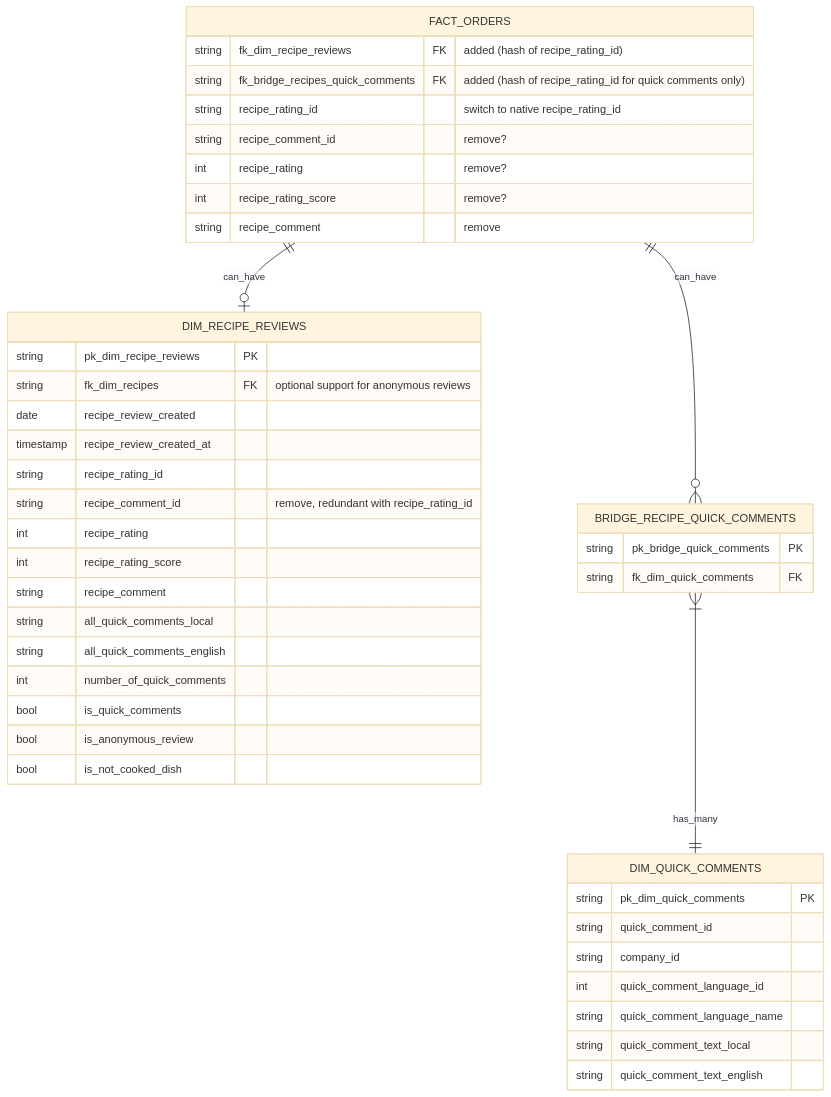
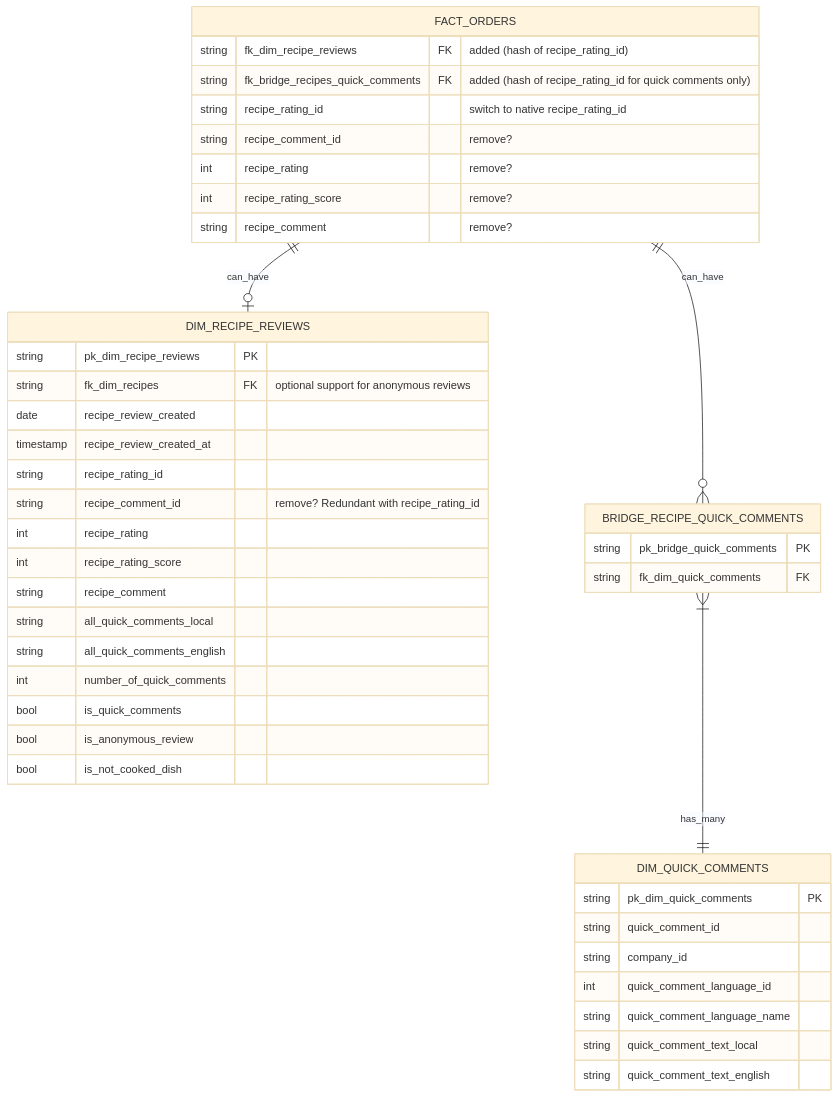
The diagram in add_reviews_to_pbi.md (comegrant/misc_doc), drawn with Mermaid (base theme) before and after one commit.

````diff
--- a/add_reviews_to_pbi.md
+++ b/add_reviews_to_pbi.md
@@ -20,48 +20,48 @@
 ```mermaid
 erDiagram
 direction TB
 FACT_ORDERS ||--o| DIM_RECIPE_REVIEWS: can_have
 FACT_ORDERS ||--o{ BRIDGE_RECIPE_QUICK_COMMENTS: can_have
 BRIDGE_RECIPE_QUICK_COMMENTS }|--|| DIM_QUICK_COMMENTS: has_many
 
 
 FACT_ORDERS {
     string fk_dim_recipe_reviews FK "added (hash of recipe_rating_id)"
     string fk_bridge_recipes_quick_comments FK "added (hash of recipe_rating_id for quick comments only)"
     string recipe_rating_id "switch to native recipe_rating_id"
     string recipe_comment_id "remove?"
     int recipe_rating "remove?"
     int recipe_rating_score "remove?"
-    string recipe_comment "remove"
+    string recipe_comment "remove?"
 }
 DIM_RECIPE_REVIEWS {
     string pk_dim_recipe_reviews PK
     string fk_dim_recipes FK "optional support for anonymous reviews"
     date recipe_review_created
     timestamp recipe_review_created_at
     string recipe_rating_id
-    string recipe_comment_id "remove, redundant with recipe_rating_id"
+    string recipe_comment_id "remove? Redundant with recipe_rating_id"
     int recipe_rating
     int recipe_rating_score
     string recipe_comment
     string all_quick_comments_local
     string all_quick_comments_english
     int number_of_quick_comments
     bool is_quick_comments
     bool is_anonymous_review
     bool is_not_cooked_dish
 }
 BRIDGE_RECIPE_QUICK_COMMENTS {
     string pk_bridge_quick_comments PK
     string fk_dim_quick_comments FK
 }
 DIM_QUICK_COMMENTS {
     string pk_dim_quick_comments PK
     string quick_comment_id 
     string company_id
     int quick_comment_language_id
     string quick_comment_language_name
     string quick_comment_text_local
     string quick_comment_text_english
 }
 ```
````
